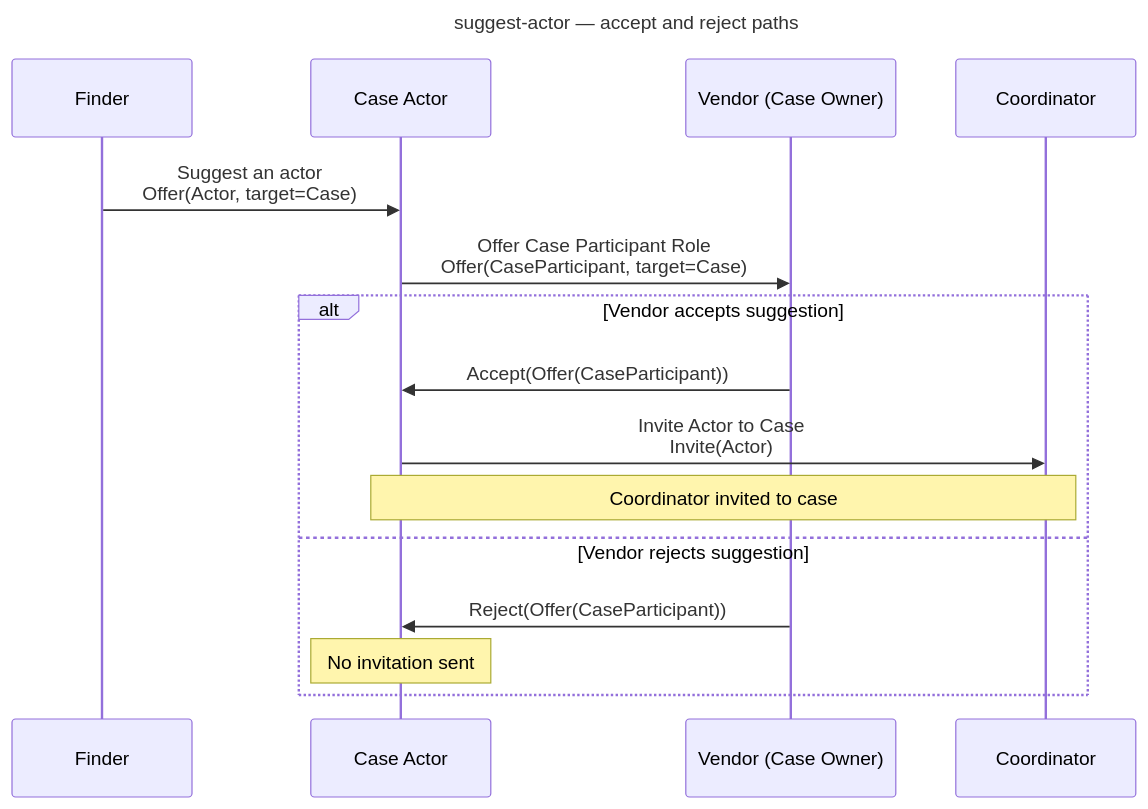
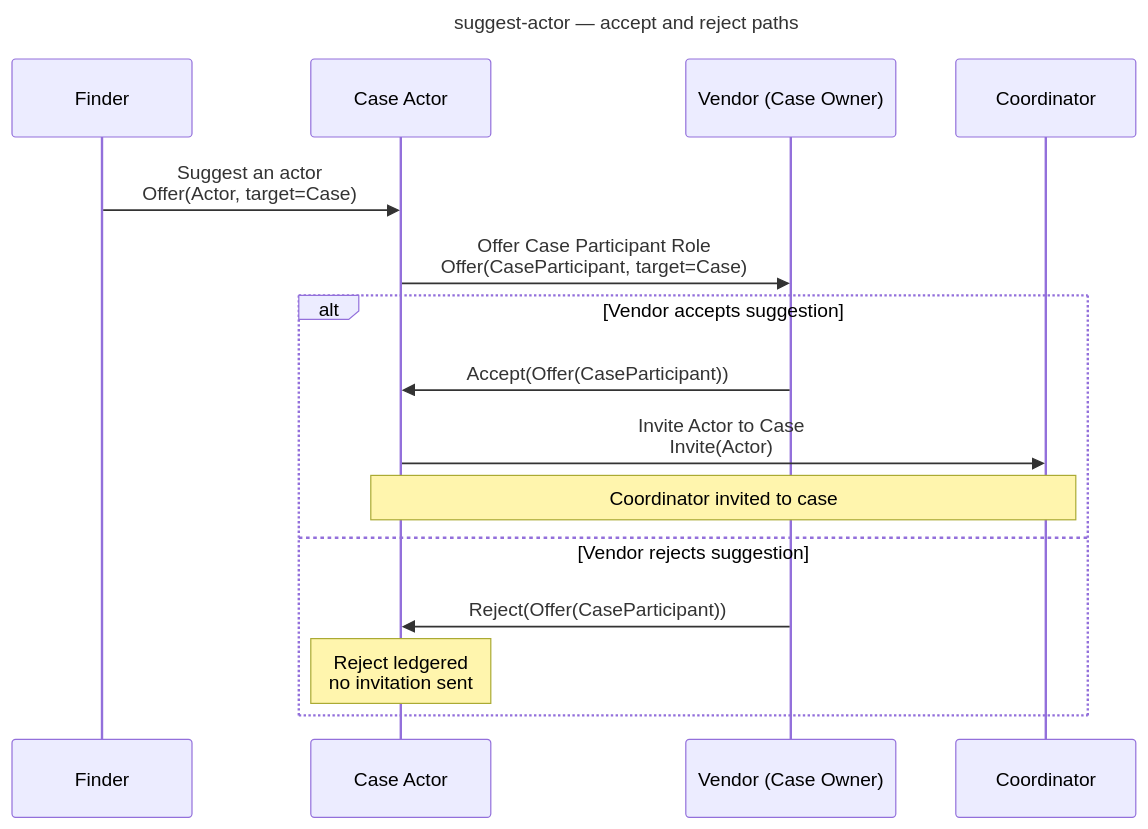
Before and after one commit to CERTCC/Vultron: the second of 9 diagrams in docs/tutorials/other_demos.md, drawn with Mermaid. The commit also changed other lines of this file and 26 other files, not shown here.

````diff
--- a/docs/tutorials/other_demos.md
+++ b/docs/tutorials/other_demos.md
@@ -125,21 +127,21 @@
 ```mermaid
 ---
 title: suggest-actor — accept and reject paths
 ---
 sequenceDiagram
     participant F as Finder
     participant CA as Case Actor
     participant V as Vendor (Case Owner)
     participant C as Coordinator
 
     F->>CA: Suggest an actor<br/>Offer(Actor, target=Case)
     CA->>V: Offer Case Participant Role<br/>Offer(CaseParticipant, target=Case)
     alt Vendor accepts suggestion
         V->>CA: Accept(Offer(CaseParticipant))
         CA->>C: Invite Actor to Case<br/>Invite(Actor)
         Note over CA,C: Coordinator invited to case
     else Vendor rejects suggestion
         V->>CA: Reject(Offer(CaseParticipant))
-        Note over CA: No invitation sent
+        Note over CA: Reject ledgered<br/>no invitation sent
     end
 ```
````
